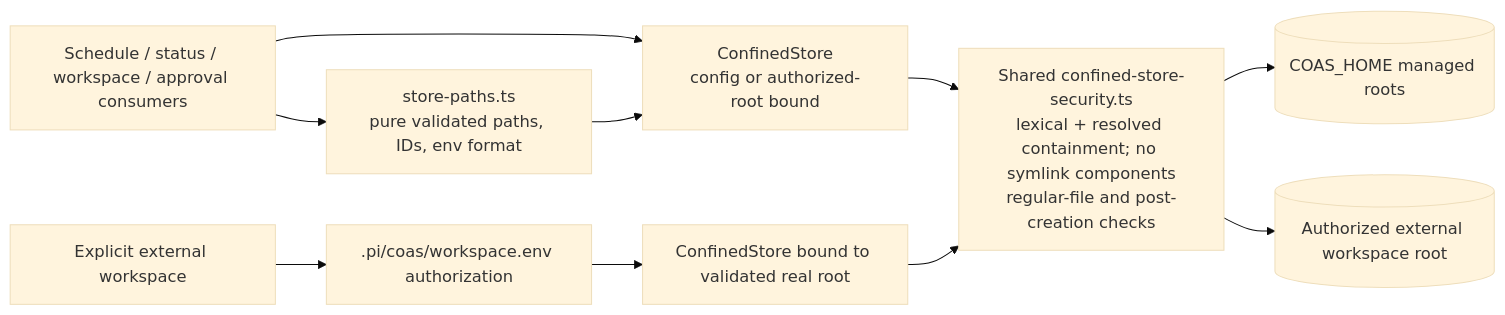
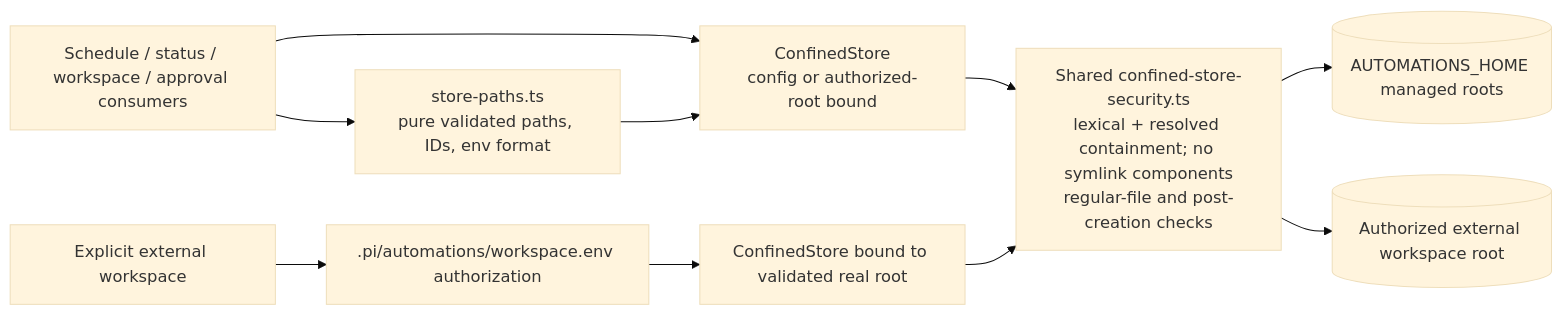
Diagram 27 of 32 in docs/architecture.md (tS7hKamAYL84j91/pi-tools-and-skills), drawn with Mermaid (base theme) before and after one commit. The commit also changed other lines of this file and 196 other files, not shown here.

First line of the commit message:
refactor!: rename pi-coas extension to pi-automations (hard cutover)

````diff
--- a/docs/architecture.md
+++ b/docs/architecture.md
@@ -825,12 +825,12 @@
 ```mermaid
 flowchart LR
   Consumers[Schedule / status / workspace / approval consumers] --> Paths[store-paths.ts\npure validated paths, IDs, env format]
   Consumers --> Store[ConfinedStore\nconfig or authorized-root bound]
   Paths --> Store
   Store --> Guard[Shared confined-store-security.ts\nlexical + resolved containment; no symlink components\nregular-file and post-creation checks]
-  Guard --> Home[(COAS_HOME managed roots)]
-  External[Explicit external workspace] --> Metadata[.pi/coas/workspace.env authorization]
+  Guard --> Home[(AUTOMATIONS_HOME managed roots)]
+  External[Explicit external workspace] --> Metadata[.pi/automations/workspace.env authorization]
   Metadata --> ExternalStore[ConfinedStore bound to validated real root]
   ExternalStore --> Guard
   Guard --> ExternalRoot[(Authorized external workspace root)]
 ```
````
